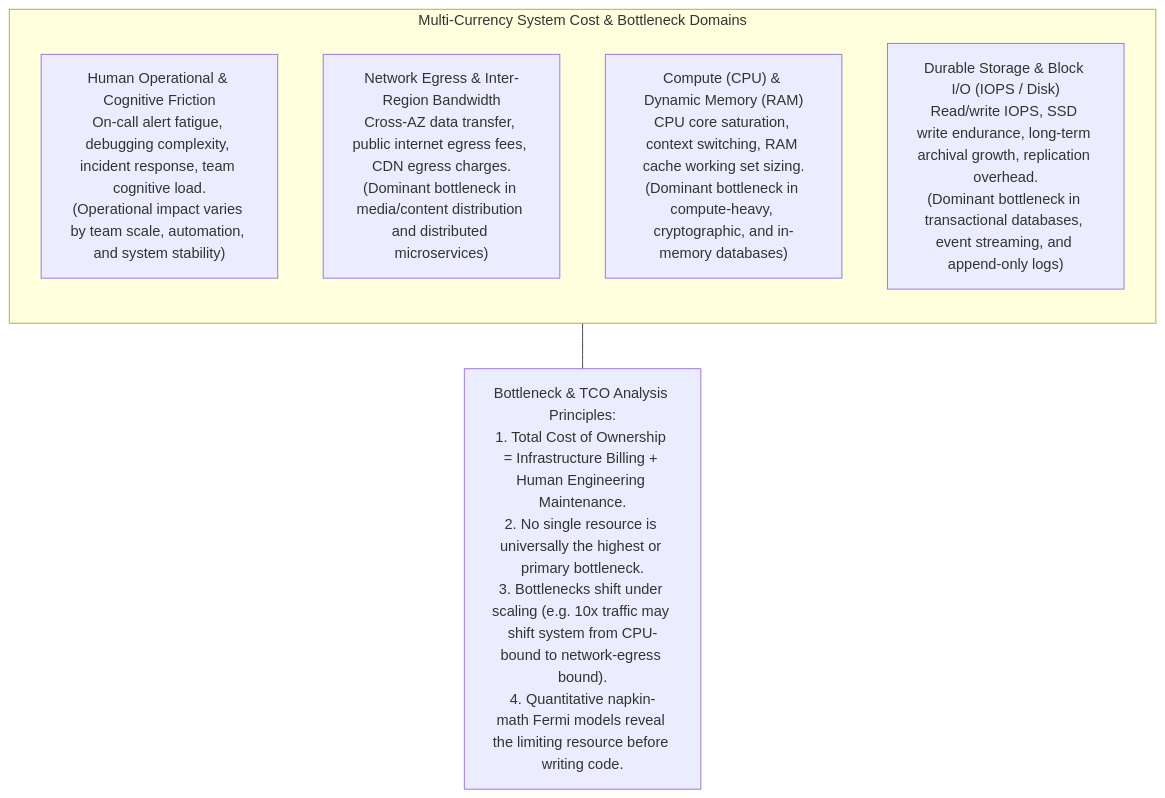
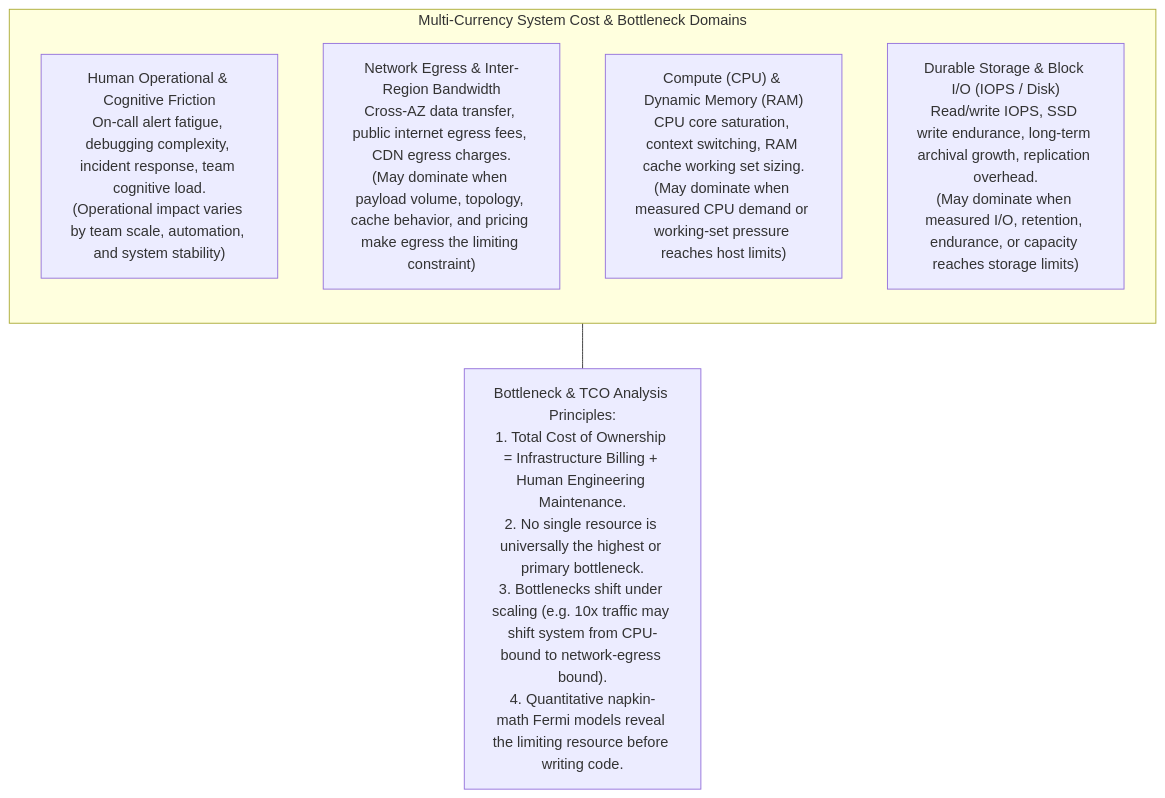
One commit to CN-JJB/essential-cs changed the diagram in book/23-systems-thinking-judgment/visuals/FIG-M23-04-systems-cost-bottleneck-hierarchy.mmd. Above: the diagram before and after it, drawn with Mermaid. The commit also changed 4 other files, not shown here.

```diff
--- a/book/23-systems-thinking-judgment/visuals/FIG-M23-04-systems-cost-bottleneck-hierarchy.mmd
+++ b/book/23-systems-thinking-judgment/visuals/FIG-M23-04-systems-cost-bottleneck-hierarchy.mmd
@@ -1,17 +1,17 @@
 %% FIG-M23-04 — Systems Cost & Resource Bottleneck Hierarchy
 %% Original, course-owned, editable Mermaid source for Essential CS.
 flowchart TB
     subgraph HIERARCHY ["Multi-Currency System Cost & Bottleneck Domains"]
         direction TB
         L4["Human Operational & Cognitive Friction<br/>On-call alert fatigue, debugging complexity, incident response, team cognitive load.<br/>(Operational impact varies by team scale, automation, and system stability)"]
 
-        L3["Network Egress & Inter-Region Bandwidth<br/>Cross-AZ data transfer, public internet egress fees, CDN egress charges.<br/>(Dominant bottleneck in media/content distribution and distributed microservices)"]
+        L3["Network Egress & Inter-Region Bandwidth<br/>Cross-AZ data transfer, public internet egress fees, CDN egress charges.<br/>(May dominate when payload volume, topology, cache behavior, and pricing make egress the limiting constraint)"]
 
-        L2["Compute (CPU) & Dynamic Memory (RAM)<br/>CPU core saturation, context switching, RAM cache working set sizing.<br/>(Dominant bottleneck in compute-heavy, cryptographic, and in-memory databases)"]
+        L2["Compute (CPU) & Dynamic Memory (RAM)<br/>CPU core saturation, context switching, RAM cache working set sizing.<br/>(May dominate when measured CPU demand or working-set pressure reaches host limits)"]
 
-        L1["Durable Storage & Block I/O (IOPS / Disk)<br/>Read/write IOPS, SSD write endurance, long-term archival growth, replication overhead.<br/>(Dominant bottleneck in transactional databases, event streaming, and append-only logs)"]
+        L1["Durable Storage & Block I/O (IOPS / Disk)<br/>Read/write IOPS, SSD write endurance, long-term archival growth, replication overhead.<br/>(May dominate when measured I/O, retention, endurance, or capacity reaches storage limits)"]
     end
 
     ANALYSIS["Bottleneck & TCO Analysis Principles:<br/>1. Total Cost of Ownership = Infrastructure Billing + Human Engineering Maintenance.<br/>2. No single resource is universally the highest or primary bottleneck.<br/>3. Bottlenecks shift under scaling (e.g. 10x traffic may shift system from CPU-bound to network-egress bound).<br/>4. Quantitative napkin-math Fermi models reveal the limiting resource before writing code."]
 
     HIERARCHY --- ANALYSIS
```
